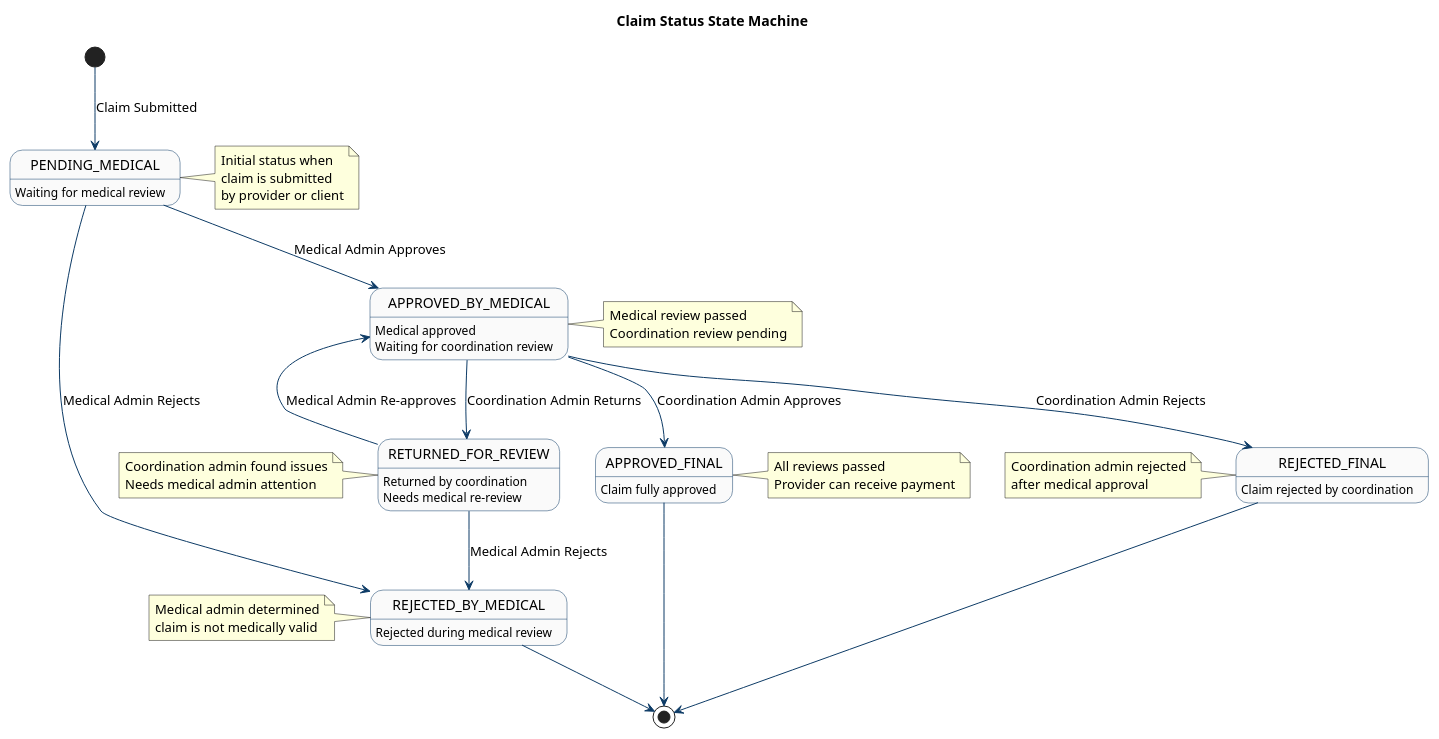
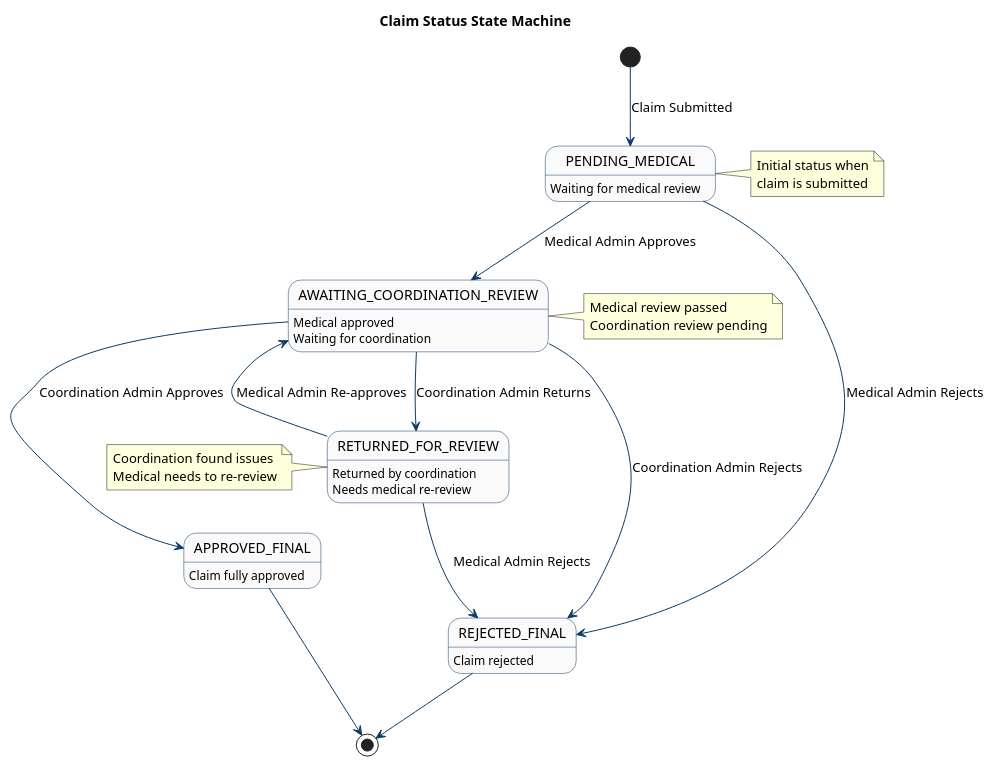
Before and after one commit to 1210395/InsuranceSystemFrontEnd: the ninth of 20 diagrams in PlantUML_Diagrams.md, drawn with PlantUML. The commit also changed other lines of this file and 32 other files, not shown here.

````diff
--- a/PlantUML_Diagrams.md
+++ b/PlantUML_Diagrams.md
@@ -1280,68 +877,50 @@
 ```plantuml
 @startuml State_Claim_Status
 skinparam state {
     BackgroundColor #FAFAFA
     BorderColor #0D3B66
     ArrowColor #0D3B66
     StartColor #4CAF50
     EndColor #F44336
 }
 
 title Claim Status State Machine
 
 [*] --> PENDING_MEDICAL : Claim Submitted
 
 state PENDING_MEDICAL : Waiting for medical review
-state APPROVED_BY_MEDICAL : Medical approved\nWaiting for coordination review
-state REJECTED_BY_MEDICAL : Rejected during medical review
+state AWAITING_COORDINATION_REVIEW : Medical approved\nWaiting for coordination
 state RETURNED_FOR_REVIEW : Returned by coordination\nNeeds medical re-review
 state APPROVED_FINAL : Claim fully approved
-state REJECTED_FINAL : Claim rejected by coordination
+state REJECTED_FINAL : Claim rejected
 
-PENDING_MEDICAL --> APPROVED_BY_MEDICAL : Medical Admin Approves
-PENDING_MEDICAL --> REJECTED_BY_MEDICAL : Medical Admin Rejects
+PENDING_MEDICAL --> AWAITING_COORDINATION_REVIEW : Medical Admin Approves
+PENDING_MEDICAL --> REJECTED_FINAL : Medical Admin Rejects
 
-APPROVED_BY_MEDICAL --> APPROVED_FINAL : Coordination Admin Approves
-APPROVED_BY_MEDICAL --> REJECTED_FINAL : Coordination Admin Rejects
-APPROVED_BY_MEDICAL --> RETURNED_FOR_REVIEW : Coordination Admin Returns
+AWAITING_COORDINATION_REVIEW --> APPROVED_FINAL : Coordination Admin Approves
+AWAITING_COORDINATION_REVIEW --> REJECTED_FINAL : Coordination Admin Rejects
+AWAITING_COORDINATION_REVIEW --> RETURNED_FOR_REVIEW : Coordination Admin Returns
 
-RETURNED_FOR_REVIEW --> APPROVED_BY_MEDICAL : Medical Admin Re-approves
-RETURNED_FOR_REVIEW --> REJECTED_BY_MEDICAL : Medical Admin Rejects
+RETURNED_FOR_REVIEW --> AWAITING_COORDINATION_REVIEW : Medical Admin Re-approves
+RETURNED_FOR_REVIEW --> REJECTED_FINAL : Medical Admin Rejects
 
-REJECTED_BY_MEDICAL --> [*]
 APPROVED_FINAL --> [*]
 REJECTED_FINAL --> [*]
 
 note right of PENDING_MEDICAL
     Initial status when
     claim is submitted
-    by provider or client
 end note
 
-note right of APPROVED_BY_MEDICAL
+note right of AWAITING_COORDINATION_REVIEW
     Medical review passed
     Coordination review pending
 end note
 
-note left of REJECTED_BY_MEDICAL
-    Medical admin determined
-    claim is not medically valid
-end note
-
 note left of RETURNED_FOR_REVIEW
-    Coordination admin found issues
-    Needs medical admin attention
-end note
-
-note right of APPROVED_FINAL
-    All reviews passed
-    Provider can receive payment
-end note
-
-note left of REJECTED_FINAL
-    Coordination admin rejected
-    after medical approval
+    Coordination found issues
+    Medical needs to re-review
 end note
 
 @enduml
 ```
````
